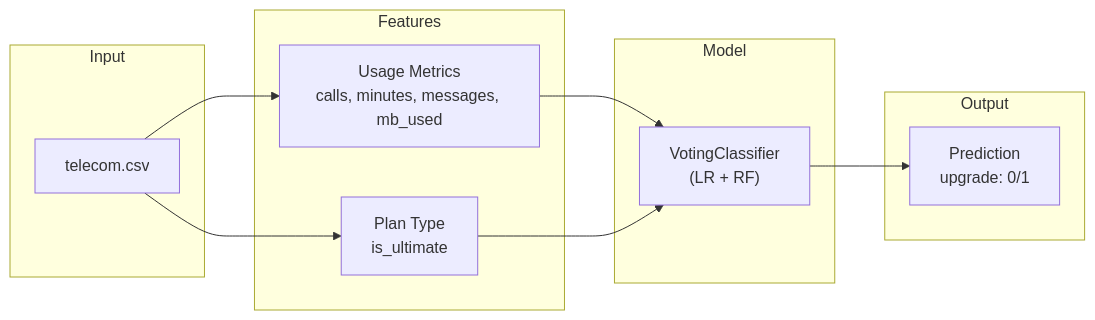
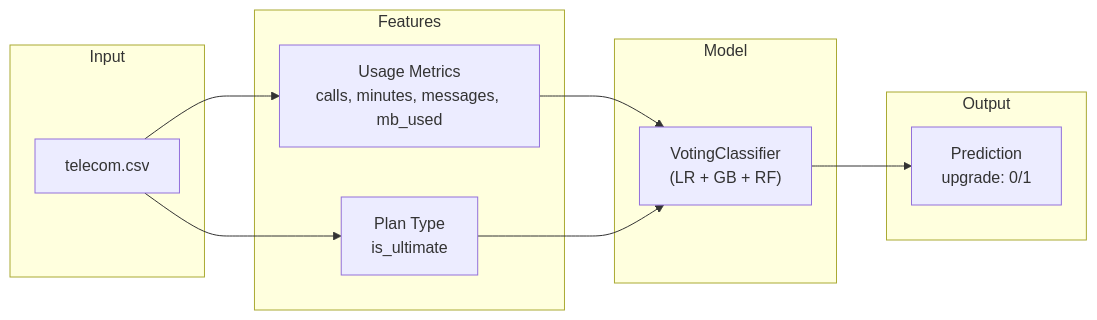
Before and after one commit to DuqueOM/ML-MLOps-Portfolio: the fourth of 7 diagrams in docs/architecture/data-flow.md, drawn with Mermaid. The commit also changed other lines of this file and 17 other files, not shown here.

````diff
--- a/docs/architecture/data-flow.md
+++ b/docs/architecture/data-flow.md
@@ -157,25 +157,25 @@
 ```mermaid
 graph LR
     subgraph "Input"
         CSV["telecom.csv"]
     end
     
     subgraph "Features"
         USAGE["Usage Metrics<br/>calls, minutes, messages, mb_used"]
         PLAN["Plan Type<br/>is_ultimate"]
     end
     
     subgraph "Model"
-        VC["VotingClassifier<br/>(LR + RF)"]
+        VC["VotingClassifier<br/>(LR + GB + RF)"]
     end
     
     subgraph "Output"
         PRED["Prediction<br/>upgrade: 0/1"]
     end
     
     CSV --> USAGE
     CSV --> PLAN
     USAGE --> VC
     PLAN --> VC
     VC --> PRED
 ```
````
